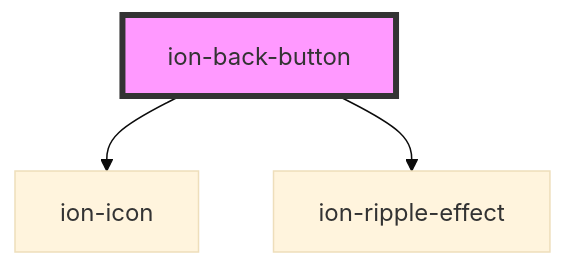
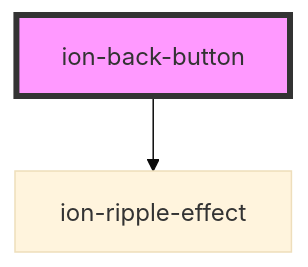
The diagram in core/src/components/back-button/readme.md (MEDGRUPOGIT/ionic-framework-1), drawn with Mermaid (base theme) before and after one commit. The commit also changed other lines of this file and 89 other files, not shown here.

````diff
--- a/core/src/components/back-button/readme.md
+++ b/core/src/components/back-button/readme.md
@@ -374,6 +379,5 @@
 ```mermaid
 graph TD;
-  ion-back-button --> ion-icon
   ion-back-button --> ion-ripple-effect
   style ion-back-button fill:#f9f,stroke:#333,stroke-width:4px
 ```
````
